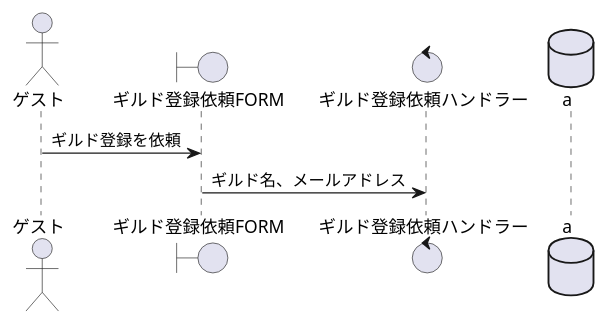
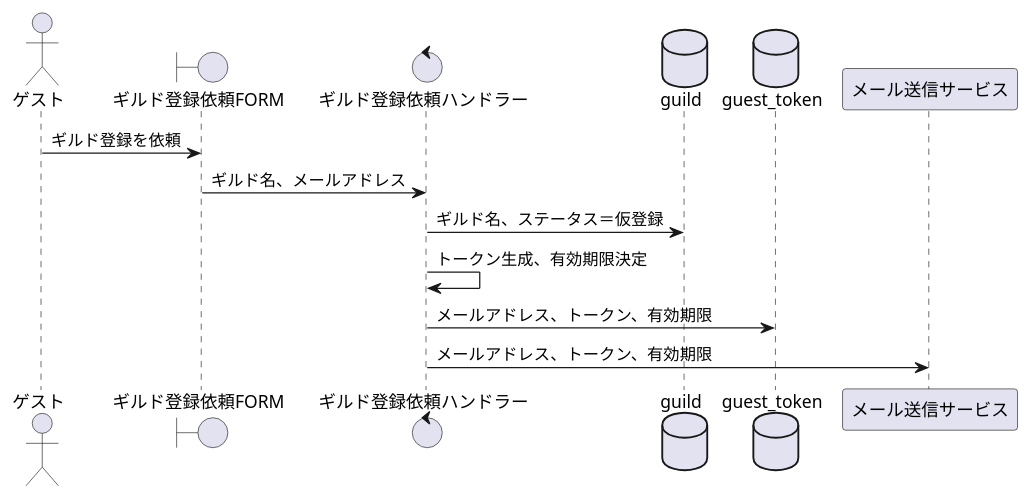
Before and after one commit to sky0621/familiagildo: the diagram in design/sequence/ギルド登録を依頼する.puml, drawn with PlantUML. The commit also changed 3 other files, not shown here.

```diff
--- a/design/sequence/ギルド登録を依頼する.puml
+++ b/design/sequence/ギルド登録を依頼する.puml
@@ -1,11 +1,17 @@
 @startuml
 
 actor ゲスト as guest
 boundary ギルド登録依頼FORM as form
 control ギルド登録依頼ハンドラー as handler
-database a
+database guild
+database guest_token
+participant メール送信サービス as mail
 
 guest -> form:ギルド登録を依頼
 form -> handler:ギルド名、メールアドレス
+handler -> guild:ギルド名、ステータス＝仮登録
+handler -> handler:トークン生成、有効期限決定
+handler -> guest_token:メールアドレス、トークン、有効期限
+handler -> mail:メールアドレス、トークン、有効期限
 
 @enduml
```
